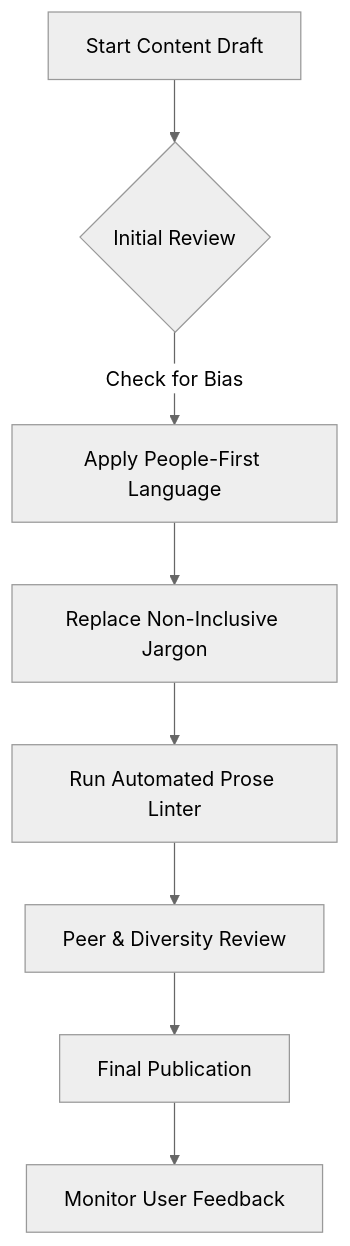
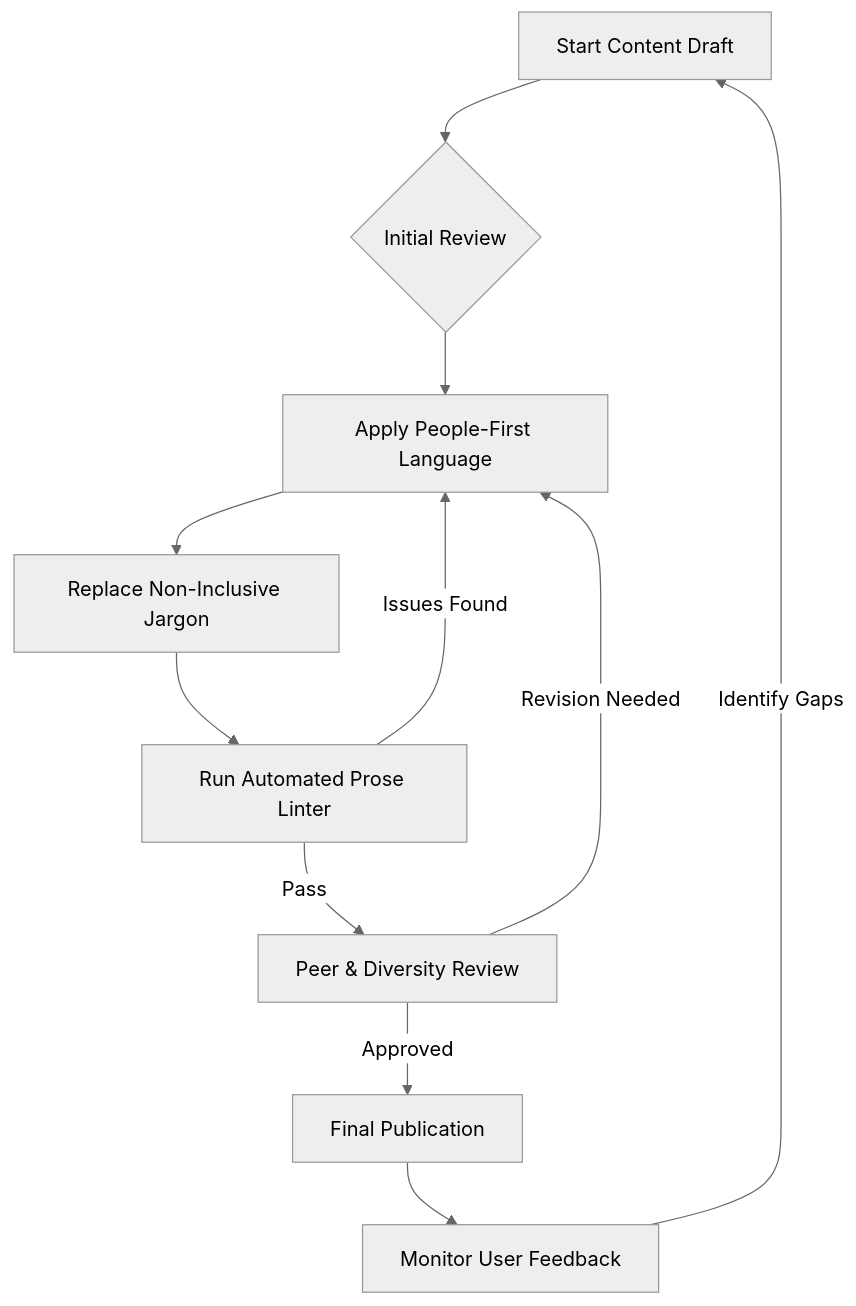
Before and after one commit to vaishvanara/techwritingkb: the diagram in docs/industry-terms/inclusive-language.md, drawn with Mermaid (neutral theme). The commit also changed other lines of this file and 51 other files, not shown here.

````diff
--- a/docs/industry-terms/inclusive-language.md
+++ b/docs/industry-terms/inclusive-language.md
@@ -43,10 +43,13 @@
 ```mermaid
 graph TD
     A[Start Content Draft] --> B{Initial Review}
-    B -->|Check for Bias| C[Apply People-First Language]
+    B --> C[Apply People-First Language]
     C --> D[Replace Non-Inclusive Jargon]
     D --> E[Run Automated Prose Linter]
-    E --> F[Peer & Diversity Review]
-    F --> G[Final Publication]
+    E -->|Issues Found| C
+    E -->|Pass| F[Peer & Diversity Review]
+    F -->|Revision Needed| C
+    F -->|Approved| G[Final Publication]
     G --> H[Monitor User Feedback]
+    H -->|Identify Gaps| A
 ```
````
